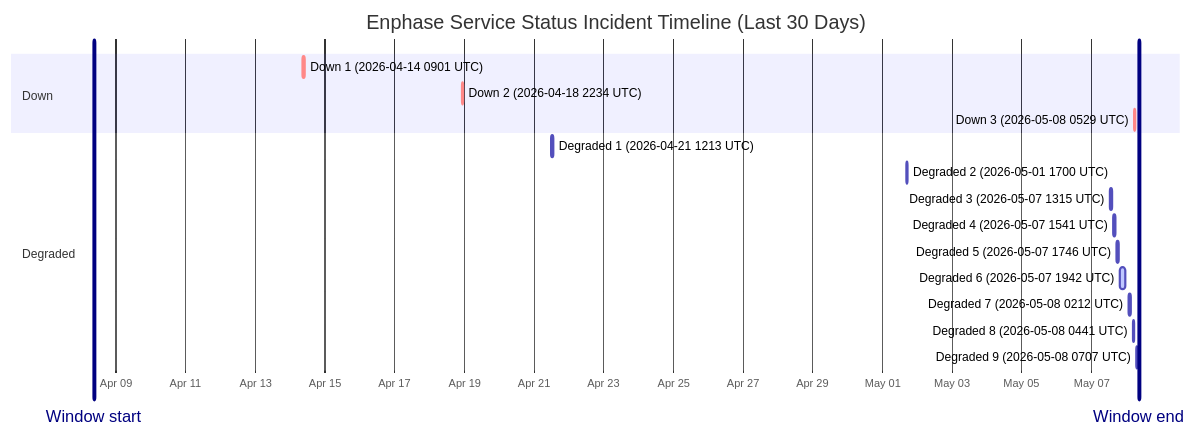
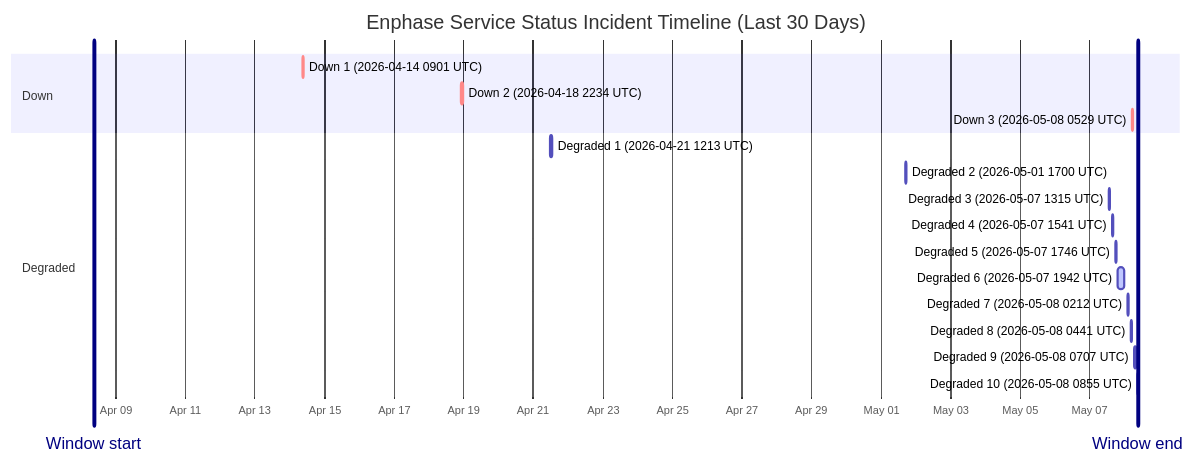
Before and after one commit to barneyonline/ha-enphase-ev-charger: the diagram in wiki/Service-Status-History.md, drawn with Mermaid. The commit also changed other lines of this file and 5 other files, not shown here.

````diff
--- a/wiki/Service-Status-History.md
+++ b/wiki/Service-Status-History.md
@@ -14,22 +14,23 @@
 ```mermaid
 gantt
     title Enphase Service Status Incident Timeline (Last 30 Days)
     dateFormat  YYYY-MM-DDTHH:mm:ss
     axisFormat  %b %d
-    Window start :vert, window-start, 2026-04-08T08:47:20, 0ms
-    Window end :vert, window-end, 2026-05-08T08:47:20, 0ms
+    Window start :vert, window-start, 2026-04-08T08:55:20, 0ms
+    Window end :vert, window-end, 2026-05-08T08:55:20, 0ms
     section Down
     Down 1 (2026-04-14 0901 UTC) :crit, down-1, 2026-04-14T09:01:13, 60m
     Down 2 (2026-04-18 2234 UTC) :crit, down-2, 2026-04-18T22:34:13, 60m
     Down 3 (2026-05-08 0529 UTC) :crit, down-3, 2026-05-08T05:29:47, 60m
     section Degraded
     Degraded 1 (2026-04-21 1213 UTC) :active, degraded-1, 2026-04-21T12:13:11, 60m
     Degraded 2 (2026-05-01 1700 UTC) :active, degraded-2, 2026-05-01T17:00:22, 60m
     Degraded 3 (2026-05-07 1315 UTC) :active, degraded-3, 2026-05-07T13:15:25, 60m
     Degraded 4 (2026-05-07 1541 UTC) :active, degraded-4, 2026-05-07T15:41:58, 60m
     Degraded 5 (2026-05-07 1746 UTC) :active, degraded-5, 2026-05-07T17:46:51, 60m
     Degraded 6 (2026-05-07 1942 UTC) :active, degraded-6, 2026-05-07T19:42:10, 249m
     Degraded 7 (2026-05-08 0212 UTC) :active, degraded-7, 2026-05-08T02:12:39, 60m
     Degraded 8 (2026-05-08 0441 UTC) :active, degraded-8, 2026-05-08T04:41:46, 60m
     Degraded 9 (2026-05-08 0707 UTC) :active, degraded-9, 2026-05-08T07:07:30, 60m
+    Degraded 10 (2026-05-08 0855 UTC) :active, degraded-10, 2026-05-08T08:55:20, 60m
 ```
````
